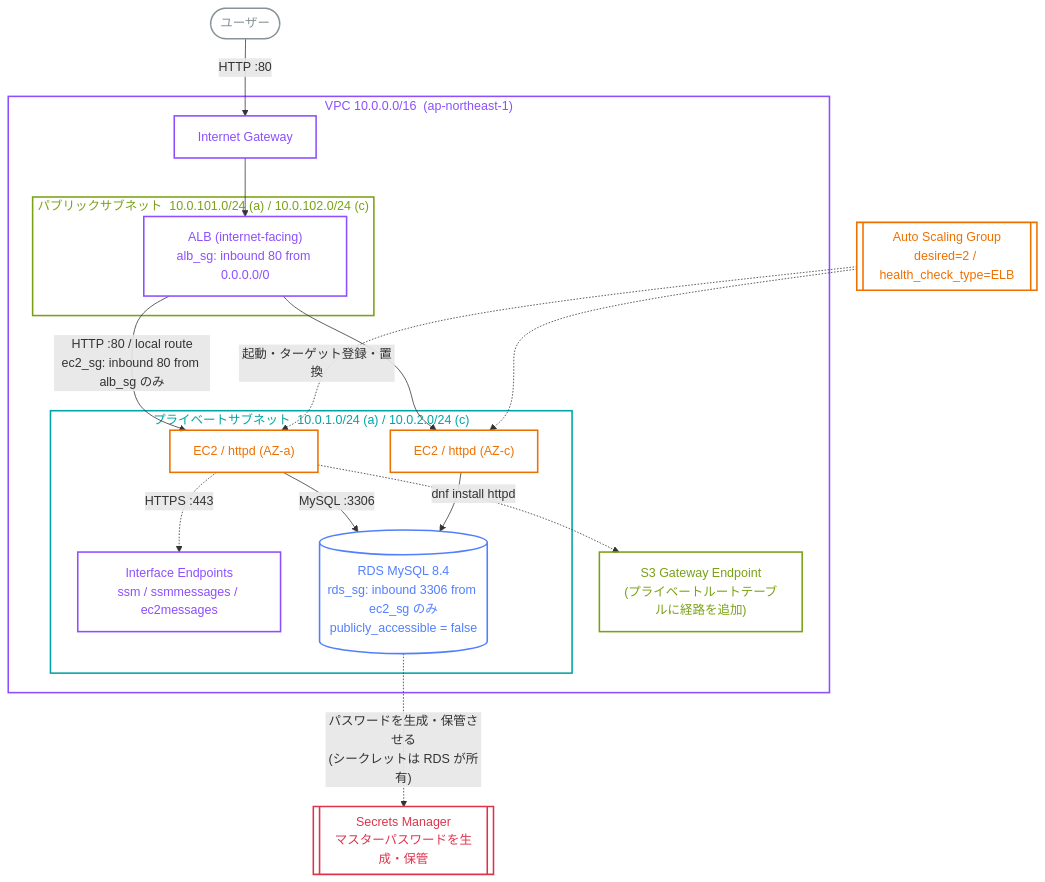
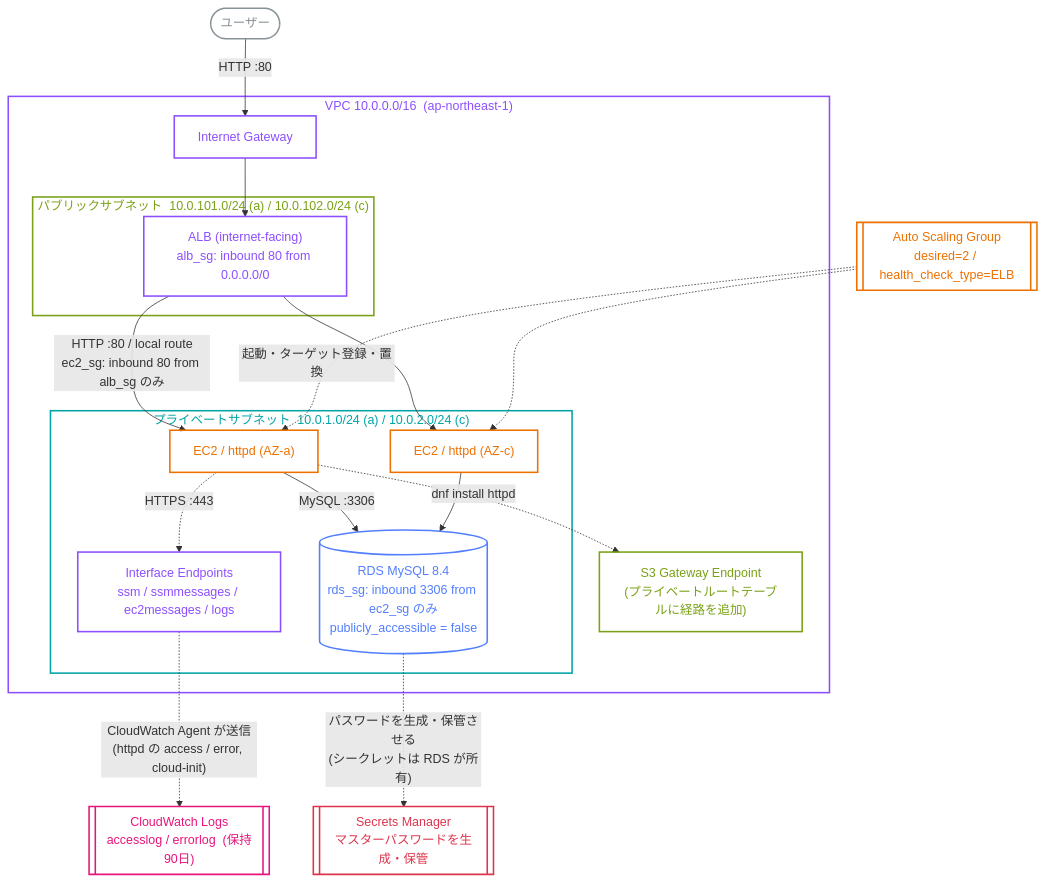
Before and after one commit to youzuogoukou-cloud/aws-3tier-web-terraform: the diagram in README.md, drawn with Mermaid. The commit also changed other lines of this file, not shown here.

Commit message:
Document CloudWatch Logs in the README

````diff
--- a/README.md
+++ b/README.md
@@ -13,53 +15,57 @@
 ```mermaid
 flowchart TB
     User([ユーザー])
 
     subgraph VPC["VPC 10.0.0.0/16 &nbsp;(ap-northeast-1)"]
         IGW[Internet Gateway]
 
         subgraph Public["パブリックサブネット &nbsp;10.0.101.0/24 (a) / 10.0.102.0/24 (c)"]
             ALB["ALB (internet-facing)<br/>alb_sg: inbound 80 from 0.0.0.0/0"]
         end
 
         subgraph Private["プライベートサブネット &nbsp;10.0.1.0/24 (a) / 10.0.2.0/24 (c)"]
             EC2A["EC2 / httpd&nbsp;(AZ-a)"]
             EC2C["EC2 / httpd&nbsp;(AZ-c)"]
-            EPS["Interface Endpoints<br/>ssm / ssmmessages / ec2messages"]
+            EPS["Interface Endpoints<br/>ssm / ssmmessages / ec2messages / logs"]
             RDS[("RDS MySQL 8.4<br/>rds_sg: inbound 3306 from ec2_sg のみ<br/>publicly_accessible = false")]
         end
 
         S3EP["S3 Gateway Endpoint<br/>(プライベートルートテーブルに経路を追加)"]
     end
 
     ASG[["Auto Scaling Group<br/>desired=2 / health_check_type=ELB"]]
     SM[["Secrets Manager<br/>マスターパスワードを生成・保管"]]
+    CWL[["CloudWatch Logs<br/>accesslog / errorlog &nbsp;(保持90日)"]]
 
     User -->|HTTP :80| IGW --> ALB
     ALB -->|"HTTP :80 / local route<br/>ec2_sg: inbound 80 from alb_sg のみ"| EC2A
     ALB --> EC2C
     ASG -.->|起動・ターゲット登録・置換| EC2A
     ASG -.-> EC2C
     EC2A -.->|HTTPS :443| EPS
     EC2A -.->|dnf install httpd| S3EP
+    EPS -.->|"CloudWatch Agent が送信<br/>(httpd の access / error, cloud-init)"| CWL
     EC2A -->|"MySQL :3306"| RDS
     EC2C --> RDS
     RDS -.->|"パスワードを生成・保管させる<br/>(シークレットは RDS が所有)"| SM
 
     classDef network  fill:transparent,stroke:#8C4FFF,stroke-width:2px,color:#8C4FFF
     classDef compute  fill:transparent,stroke:#ED7100,stroke-width:2px,color:#ED7100
     classDef database fill:transparent,stroke:#527FFF,stroke-width:2px,color:#527FFF
     classDef storage  fill:transparent,stroke:#7AA116,stroke-width:2px,color:#7AA116
     classDef security fill:transparent,stroke:#DD344C,stroke-width:2px,color:#DD344C
+    classDef mgmt     fill:transparent,stroke:#E7157B,stroke-width:2px,color:#E7157B
     classDef actor    fill:transparent,stroke:#879196,stroke-width:2px,color:#879196
 
     class IGW,ALB,EPS network
     class EC2A,EC2C,ASG compute
     class RDS database
     class S3EP storage
     class SM security
+    class CWL mgmt
     class User actor
 
     style VPC     fill:transparent,stroke:#8C4FFF,stroke-width:2px,color:#8C4FFF
     style Public  fill:transparent,stroke:#7AA116,stroke-width:2px,color:#7AA116
     style Private fill:transparent,stroke:#00A4A6,stroke-width:2px,color:#00A4A6
 ```
````
